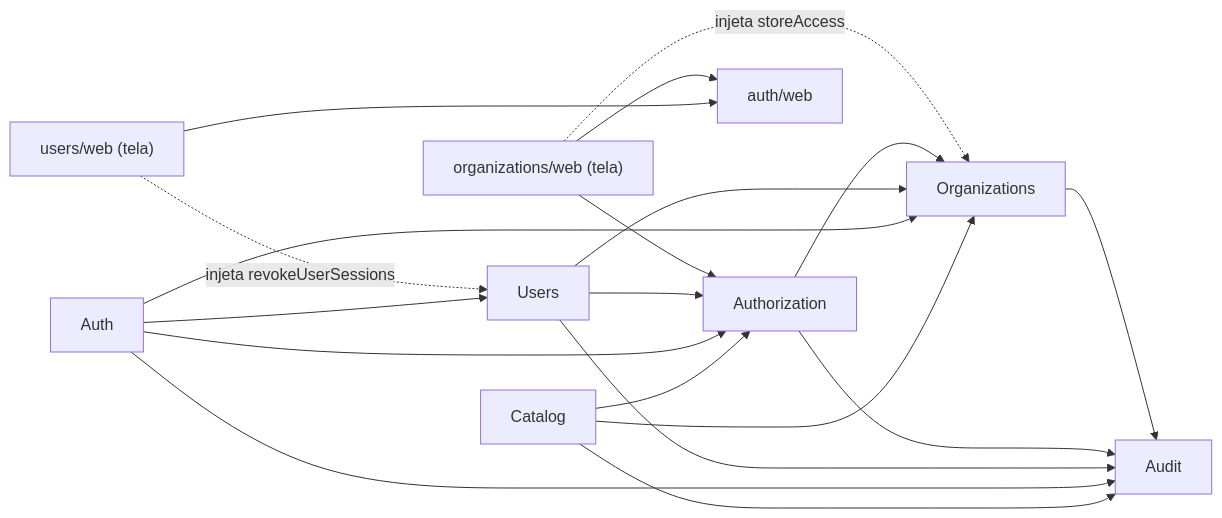
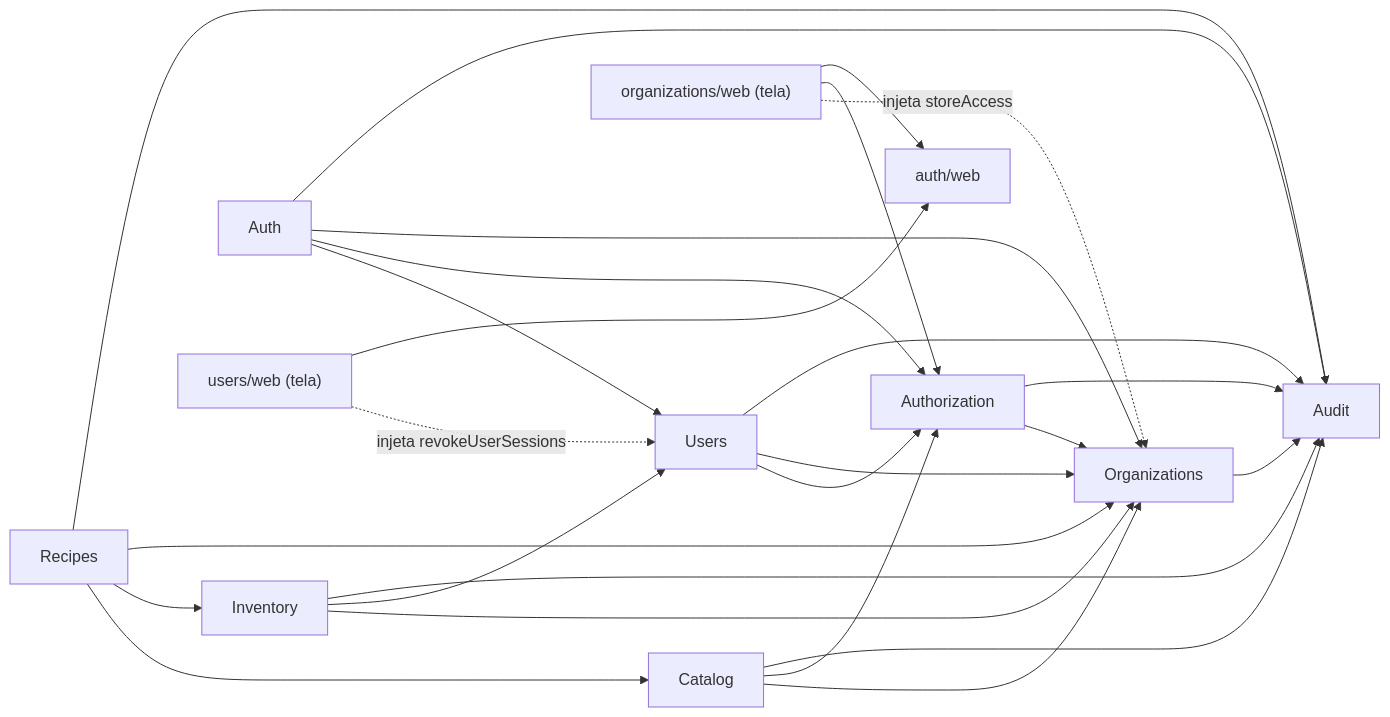
One commit to marlonerick/erp-mesa-restaurante changed the first of 2 diagrams in maps/modules/dependencias.md. Above: the diagram before and after it, drawn with Mermaid. The commit also changed other lines of this file and 66 other files, not shown here.

````diff
--- a/maps/modules/dependencias.md
+++ b/maps/modules/dependencias.md
@@ -8,21 +8,28 @@
 ```mermaid
 flowchart LR
+  REC[Recipes] --> CAT
+  REC --> INV[Inventory]
+  REC --> ORG
+  REC --> AUDIT
+  INV --> ORG
+  INV --> USERS
+  INV --> AUDIT
   CAT[Catalog] --> ORG
   CAT --> AUTHZ
   CAT --> AUDIT
   AUTH[Auth] --> USERS[Users]
   AUTH --> AUTHZ[Authorization]
   AUTH --> ORG[Organizations]
   USERS --> AUTHZ
   USERS --> ORG
   AUTHZ --> ORG
   AUTH --> AUDIT[Audit]
   USERS --> AUDIT
   AUTHZ --> AUDIT
   ORG --> AUDIT
   USERSWEB["users/web (tela)"] -. injeta revokeUserSessions .-> USERS
   USERSWEB --> AUTHWEB["auth/web"]
   ORGWEB["organizations/web (tela)"] -. injeta storeAccess .-> ORG
   ORGWEB --> AUTHZ
   ORGWEB --> AUTHWEB
 ```
````
